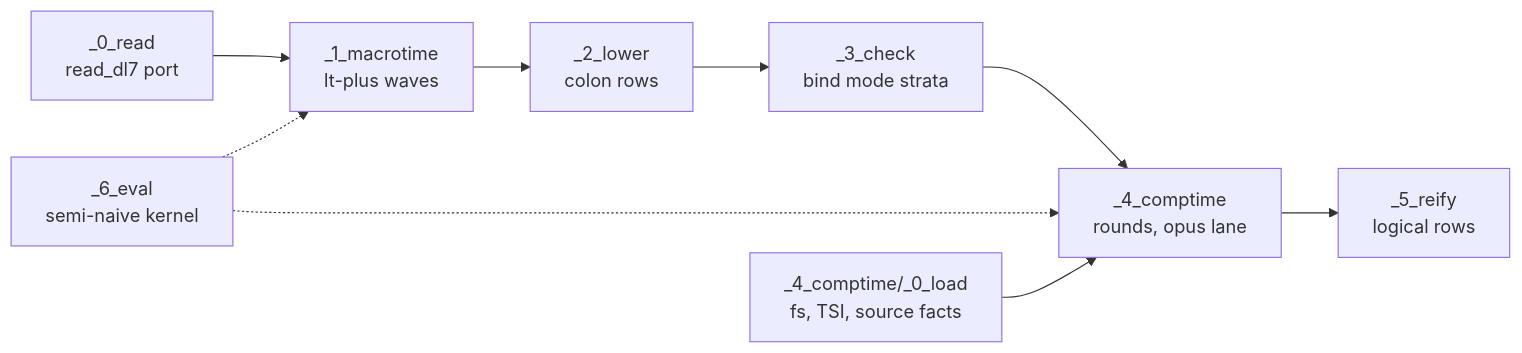
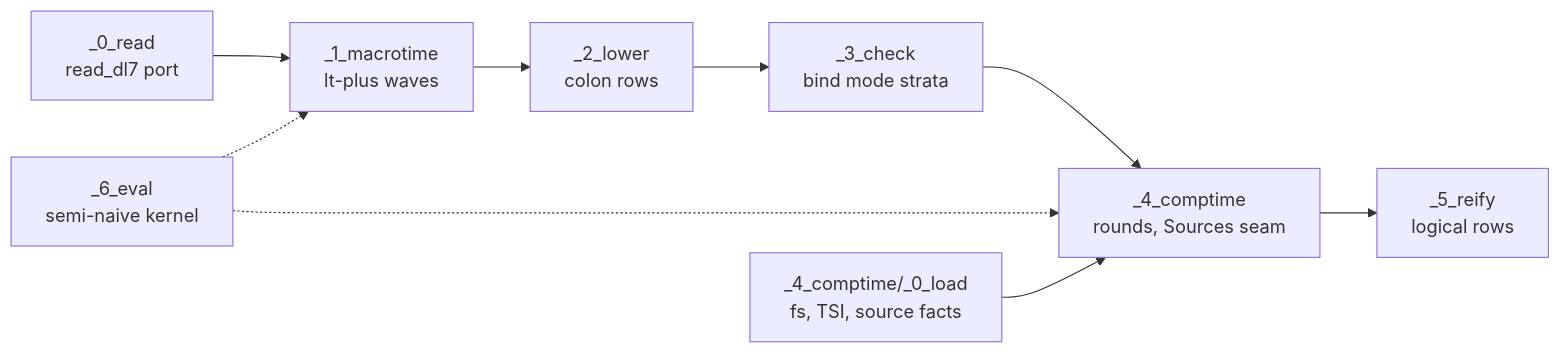
Before and after one commit to hafley66/sprefa: the first of 2 diagrams in plans/v8/2026-09-13-v8-tour.md, drawn with Mermaid. The commit also changed other lines of this file and 2 other files, not shown here.

Commit message:
docs(v8): comptime landed on board, history and tour; driver lane in flight

````diff
--- a/plans/v8/2026-09-13-v8-tour.md
+++ b/plans/v8/2026-09-13-v8-tour.md
@@ -27,11 +27,11 @@
 ```mermaid
 flowchart LR
   R[_0_read<br/>read_dl7 port] --> M[_1_macrotime<br/>lt-plus waves]
   M --> L[_2_lower<br/>colon rows]
   L --> C[_3_check<br/>bind mode strata]
-  C --> K[_4_comptime<br/>rounds, opus lane]
+  C --> K[_4_comptime<br/>rounds, Sources seam]
   K --> Y[_5_reify<br/>logical rows]
   E[_6_eval<br/>semi-naive kernel] -.-> M
   E -.-> K
   D[_4_comptime/_0_load<br/>fs, TSI, source facts] --> K
 ```
````
